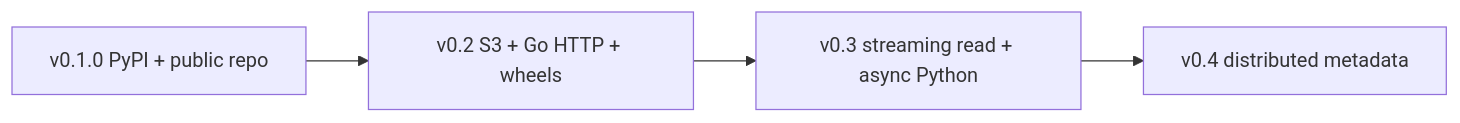
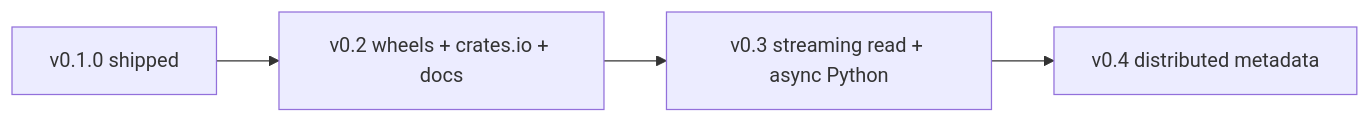
Before and after one commit to MuratovER/chunkstore: the diagram in docs/ROADMAP.md, drawn with Mermaid. The commit also changed other lines of this file and 32 other files, not shown here.

````diff
--- a/docs/ROADMAP.md
+++ b/docs/ROADMAP.md
@@ -143,6 +144,6 @@
 ```mermaid
 flowchart LR
-  A[v0.1.0 PyPI + public repo] --> B[v0.2 S3 + Go HTTP + wheels]
+  A[v0.1.0 shipped] --> B[v0.2 wheels + crates.io + docs]
   B --> C[v0.3 streaming read + async Python]
   C --> D[v0.4 distributed metadata]
 ```
````
